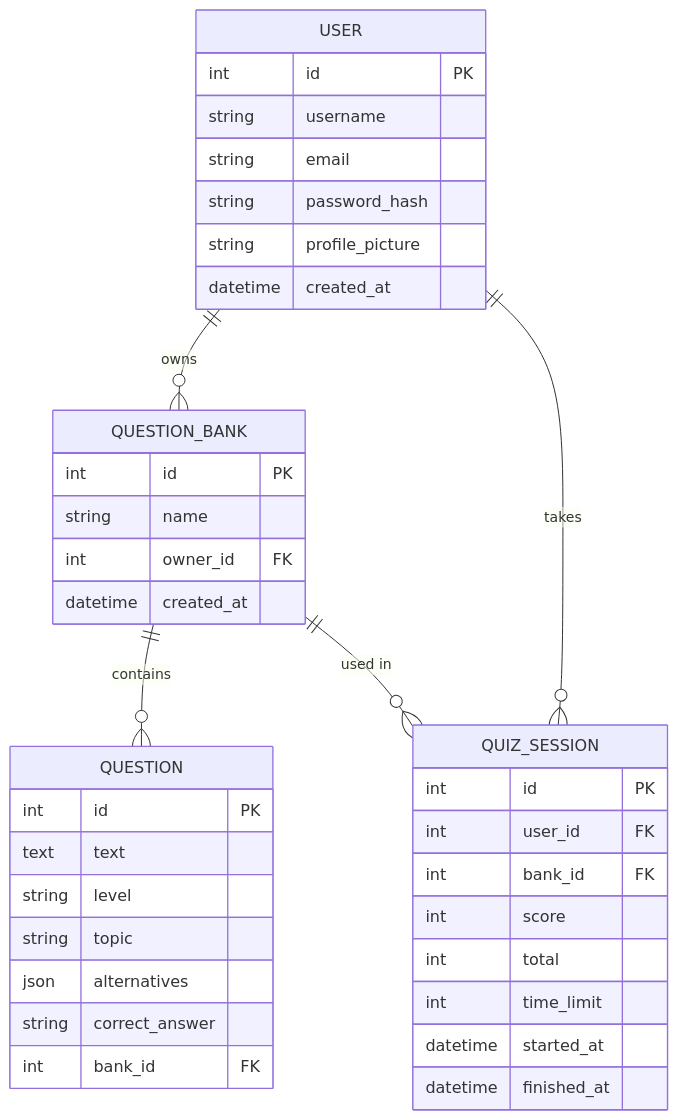
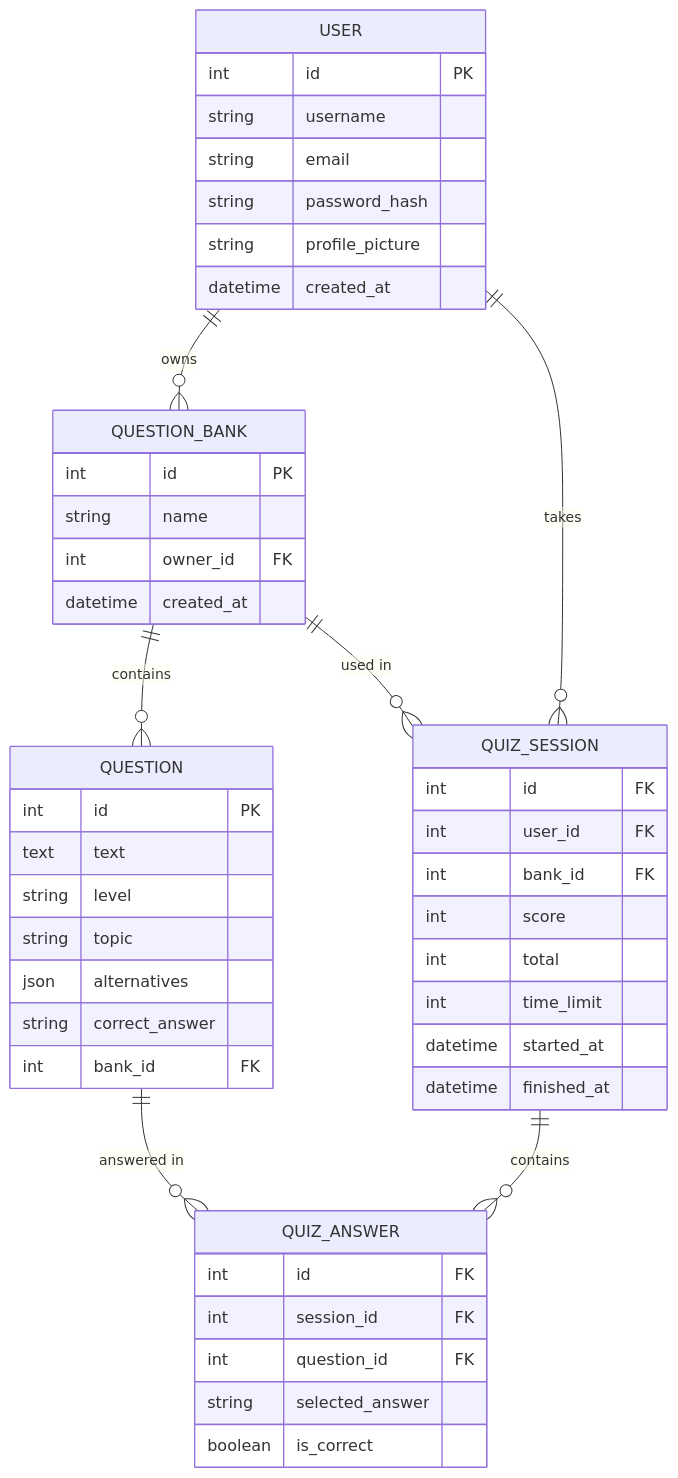
Before and after one commit to LuisDavidMSilva/provr: the diagram in docs/data-modeling.md, drawn with Mermaid. The commit also changed 1 other file, not shown here.

Commit message:
docs: update use cases and data modeling diagrams

````diff
--- a/docs/data-modeling.md
+++ b/docs/data-modeling.md
@@ -2,44 +2,54 @@
 ```mermaid
 erDiagram
     USER {
         int id PK
         string username
         string email
         string password_hash
         string profile_picture
         datetime created_at
     }
 
     QUESTION_BANK {
         int id PK
         string name
         int owner_id FK
         datetime created_at
     }
 
     QUESTION {
         int id PK
         text text
         string level
         string topic
         json alternatives
         string correct_answer
         int bank_id FK
     }
 
+    QUIZ_ANSWER {
+        int id FK
+        int session_id FK
+        int question_id FK
+        string selected_answer
+        boolean is_correct
+    }
+
     QUIZ_SESSION {
-        int id PK
+        int id FK
         int user_id FK
         int bank_id FK
         int score
         int total
         int time_limit
         datetime started_at
         datetime finished_at
     }
 
     USER ||--o{ QUESTION_BANK : "owns"
     USER ||--o{ QUIZ_SESSION : "takes"
+    QUESTION ||--o{ QUIZ_ANSWER : "answered in"
+    QUIZ_SESSION ||--o{ QUIZ_ANSWER : "contains"
     QUESTION_BANK ||--o{ QUESTION : "contains"
     QUESTION_BANK ||--o{ QUIZ_SESSION : "used in"
 ```
````
